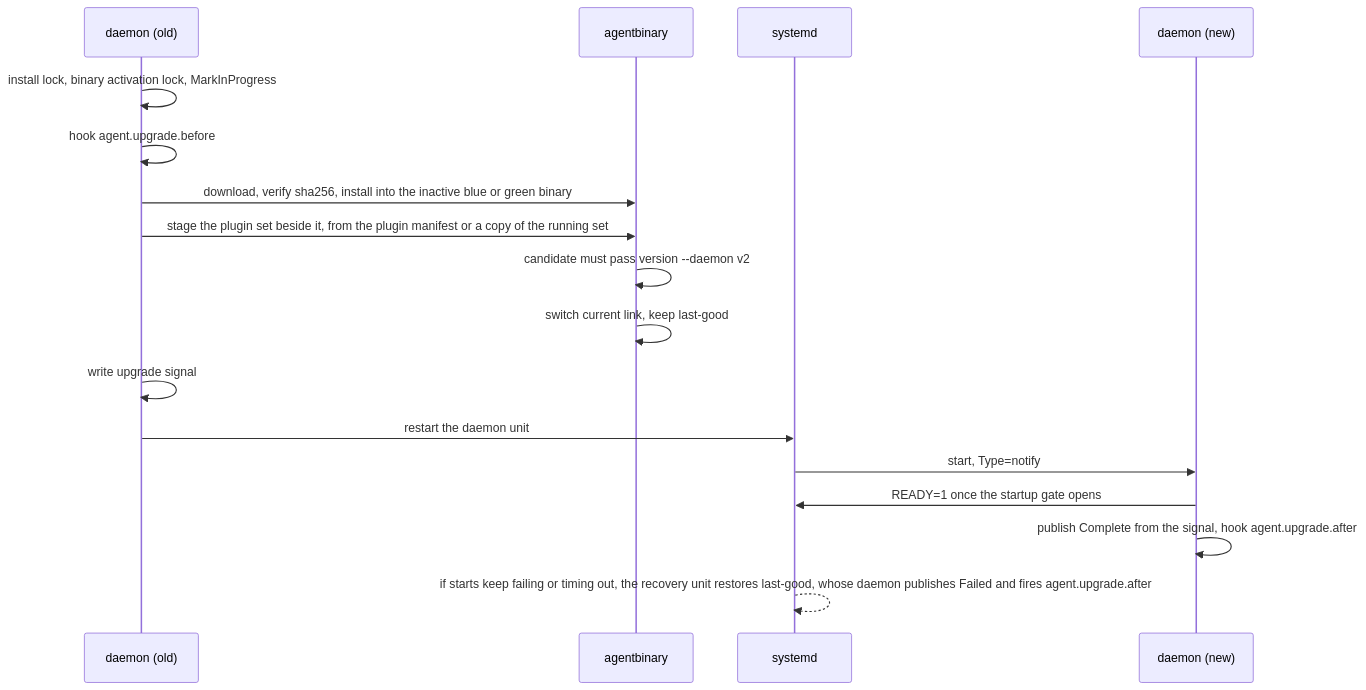
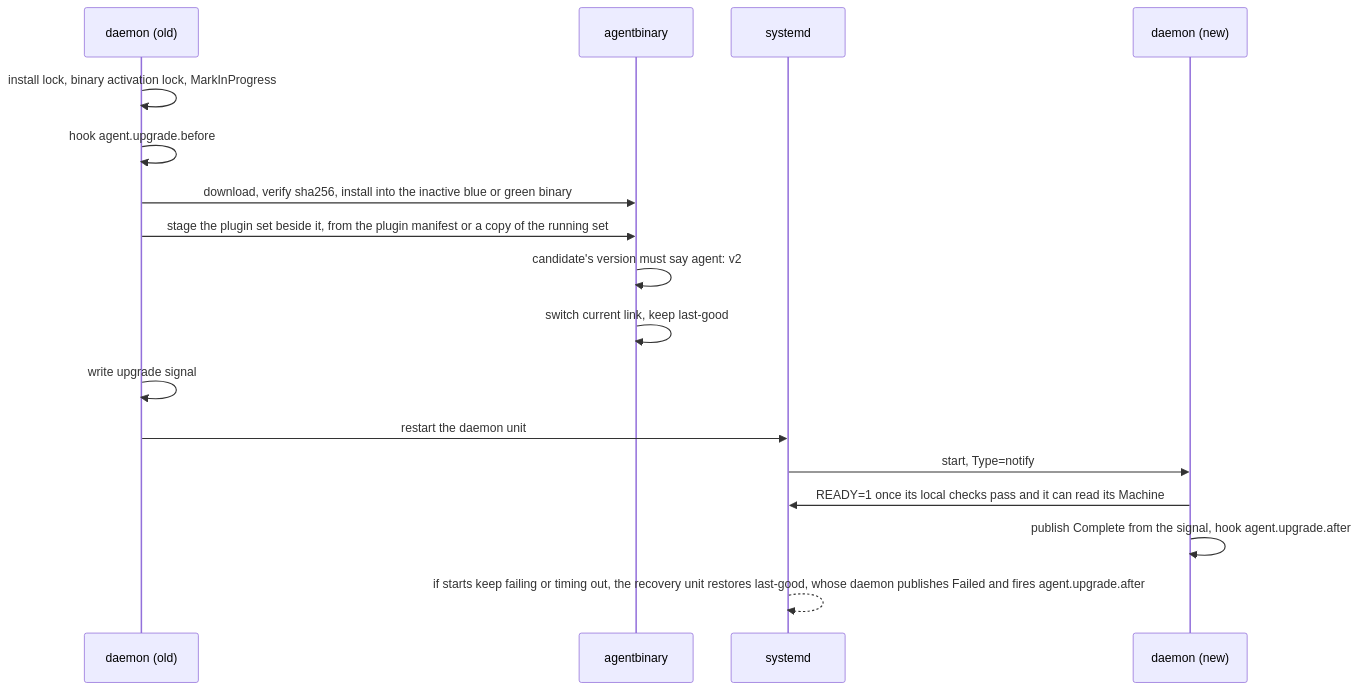
The fourth of 5 diagrams in designs/agent-v2/05-lifecycles.md (Azure/unbounded), drawn with Mermaid before and after one commit. The commit also changed other lines of this file and 8 other files, not shown here.

````diff
--- a/designs/agent-v2/05-lifecycles.md
+++ b/designs/agent-v2/05-lifecycles.md
@@ -180,19 +180,19 @@
 ```mermaid
 sequenceDiagram
   participant D as daemon (old)
   participant AB as agentbinary
   participant SD as systemd
   participant N as daemon (new)
   D->>D: install lock, binary activation lock, MarkInProgress
   D->>D: hook agent.upgrade.before
   D->>AB: download, verify sha256, install into the inactive blue or green binary
   D->>AB: stage the plugin set beside it, from the plugin manifest or a copy of the running set
-  AB->>AB: candidate must pass version --daemon v2
+  AB->>AB: candidate's version must say agent: v2
   AB->>AB: switch current link, keep last-good
   D->>D: write upgrade signal
   D->>SD: restart the daemon unit
   SD->>N: start, Type=notify
-  N->>SD: READY=1 once the startup gate opens
+  N->>SD: READY=1 once its local checks pass and it can read its Machine
   N->>N: publish Complete from the signal, hook agent.upgrade.after
   SD-->>SD: if starts keep failing or timing out, the recovery unit restores last-good, whose daemon publishes Failed and fires agent.upgrade.after
 ```
````
